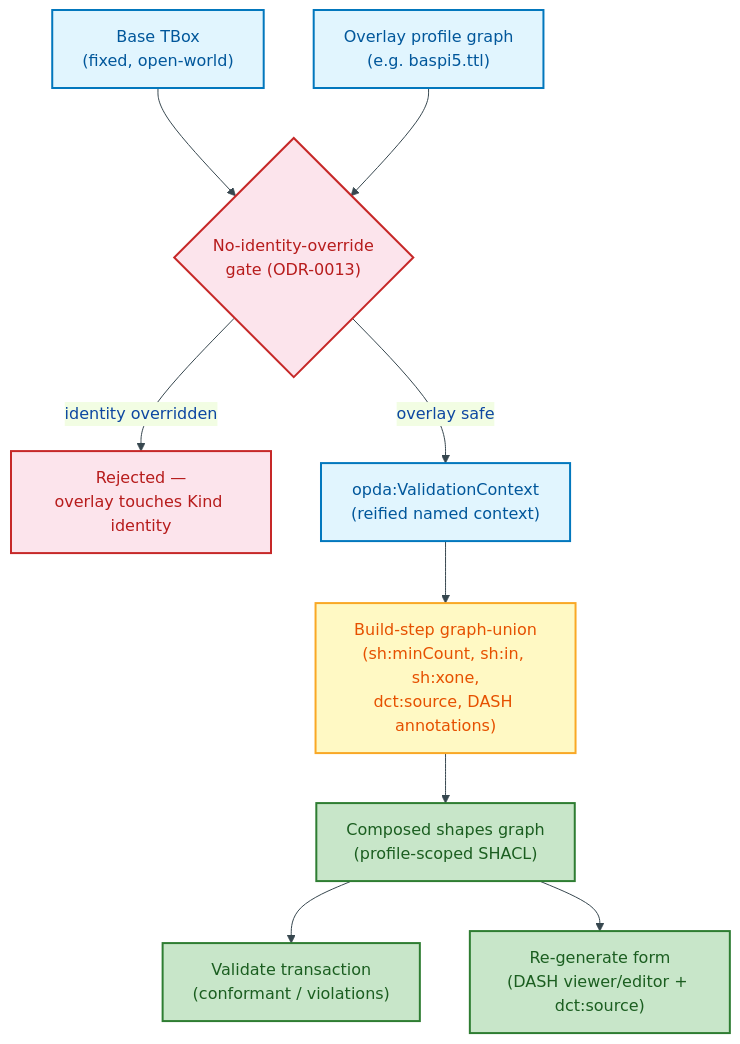
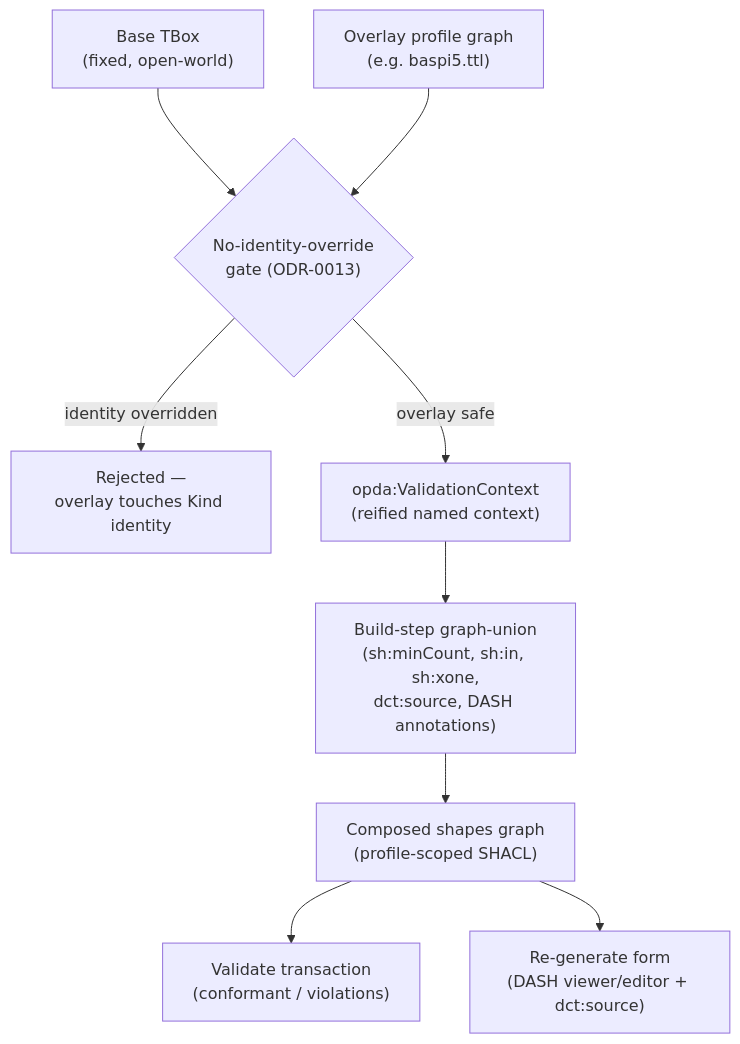
Before and after one commit to sparkling/opda: the first of 4 diagrams in docs/ontology/odr/ODR-0010-overlay-profile-mechanism.md, drawn with Mermaid. The commit also changed other lines of this file and 25 other files, not shown here.

````diff
--- a/docs/ontology/odr/ODR-0010-overlay-profile-mechanism.md
+++ b/docs/ontology/odr/ODR-0010-overlay-profile-mechanism.md
@@ -51,29 +51,24 @@
 ```mermaid
-%%{init:{"theme":"base","themeVariables":{"primaryColor":"#E3F2FD","primaryTextColor":"#0D47A1","primaryBorderColor":"#1565C0","lineColor":"#37474F"}}}%%
 flowchart TD
     accTitle: Overlay profile layering mechanism
     accDescr: How a SHACL overlay profile is loaded, composed with the base schema, and used for validation and form rendering
-    classDef process fill:#E1F5FE,stroke:#0277BD,stroke-width:2px,color:#01579B
-    classDef decision fill:#FFF9C4,stroke:#F9A825,stroke-width:2px,color:#E65100
-    classDef output fill:#C8E6C9,stroke:#2E7D32,stroke-width:2px,color:#1B5E20
-    classDef gate fill:#FCE4EC,stroke:#C62828,stroke-width:2px,color:#B71C1C
 
     BASE["Base TBox<br/>(fixed, open-world)"]:::process
     OVL["Overlay profile graph<br/>(e.g. baspi5.ttl)"]:::process
-    GATE{"No-identity-override<br/>gate (ODR-0013)"}:::gate
-    REJECT["Rejected —<br/>overlay touches Kind identity"]:::gate
+    GATE{"No-identity-override<br/>gate (ODR-0013)"}:::warning
+    REJECT["Rejected —<br/>overlay touches Kind identity"]:::warning
     VC["opda:ValidationContext<br/>(reified named context)"]:::process
-    COMPOSE["Build-step graph-union<br/>(sh:minCount, sh:in, sh:xone,<br/>dct:source, DASH annotations)"]:::decision
-    SHAPES["Composed shapes graph<br/>(profile-scoped SHACL)"]:::output
-    VALIDATE["Validate transaction<br/>(conformant / violations)"]:::output
-    RENDER["Re-generate form<br/>(DASH viewer/editor + dct:source)"]:::output
+    COMPOSE["Build-step graph-union<br/>(sh:minCount, sh:in, sh:xone,<br/>dct:source, DASH annotations)"]:::warning
+    SHAPES["Composed shapes graph<br/>(profile-scoped SHACL)"]:::success
+    VALIDATE["Validate transaction<br/>(conformant / violations)"]:::success
+    RENDER["Re-generate form<br/>(DASH viewer/editor + dct:source)"]:::success
 
     BASE --> GATE
     OVL --> GATE
     GATE -->|"overlay safe"| VC
     GATE -->|"identity overridden"| REJECT
     VC --> COMPOSE
     COMPOSE --> SHAPES
     SHAPES --> VALIDATE
     SHAPES --> RENDER
 ```
````
